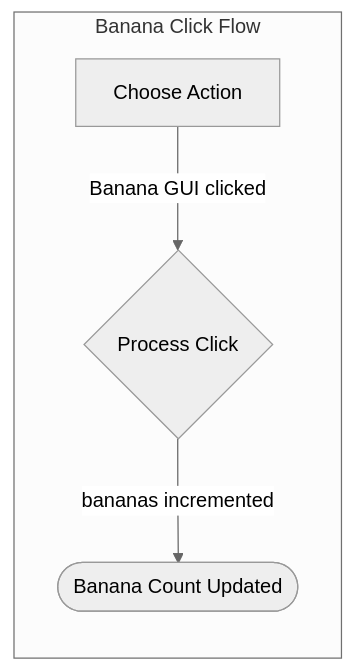
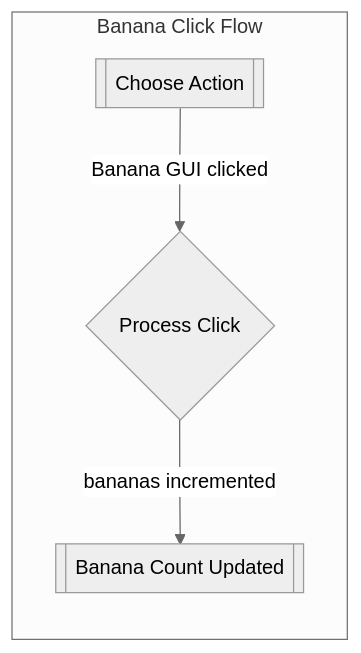
One commit to LiamMcCausland/Banana-Clicker changed the first of 2 diagrams in flows.md. Above: the diagram before and after it, drawn with Mermaid (neutral theme). The commit also changed other lines of this file, not shown here.

````diff
--- a/flows.md
+++ b/flows.md
@@ -15,12 +15,12 @@
 ```mermaid
 flowchart TB
     subgraph Banana Click Flow
         direction TB
-        getAction1[Choose Action]
+        getAction1[[Choose Action]]
         incrementBanana{Process Click}
-        clickEnd([Banana Count Updated])
+        clickEnd[[Banana Count Updated]]
 
         getAction1 -- Banana GUI clicked --> incrementBanana
         incrementBanana -- bananas incremented --> clickEnd
     end
 ```
````
